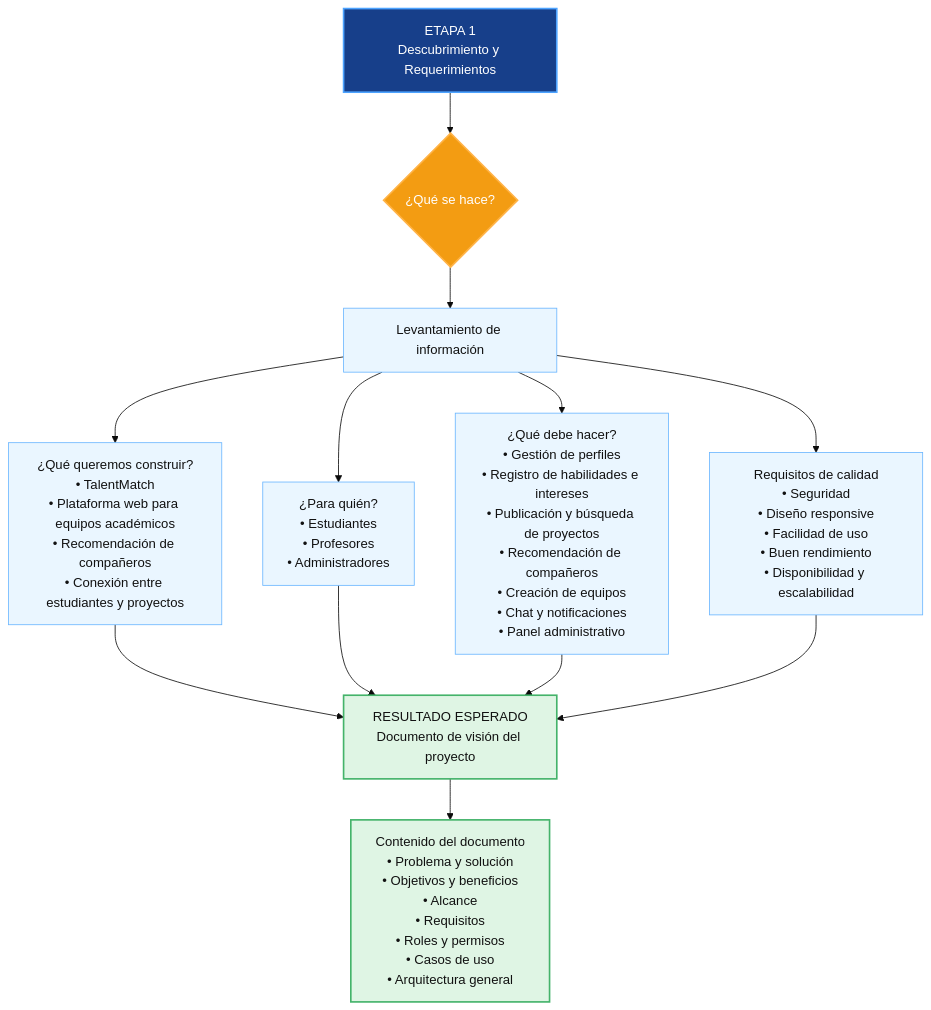
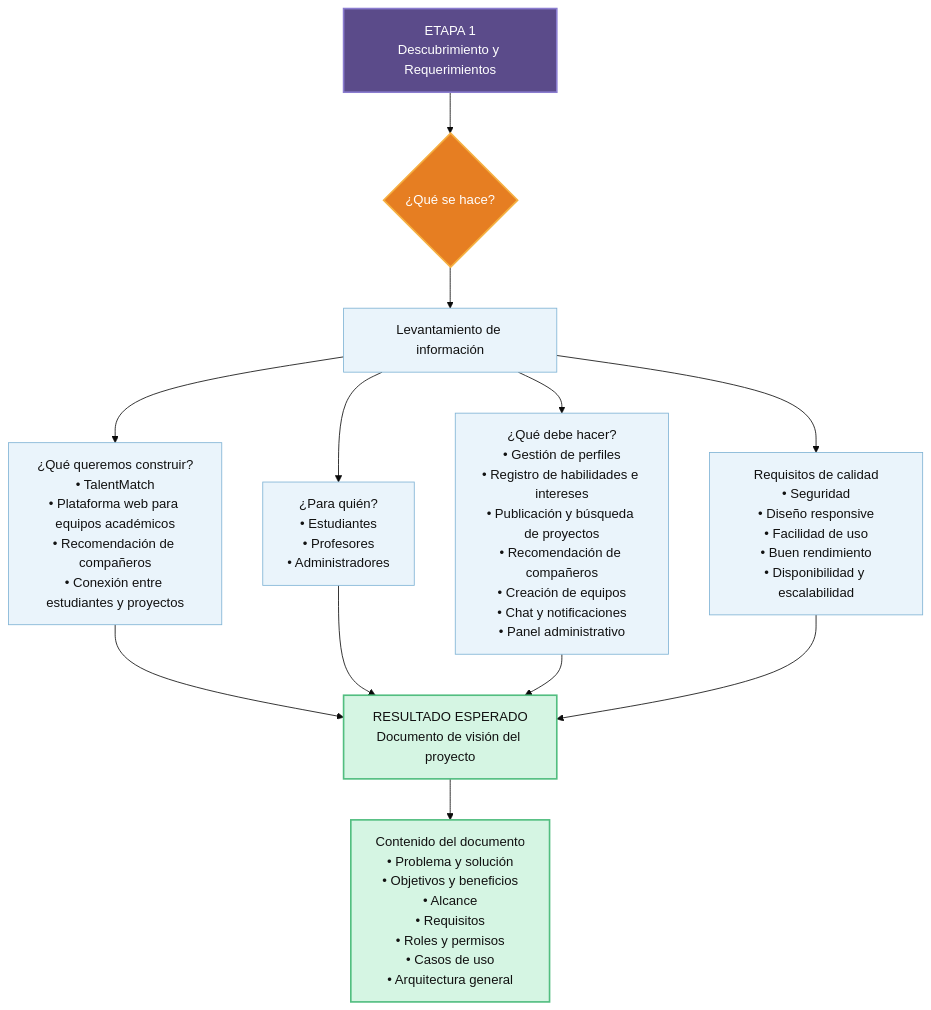
The diagram in Diagrama de flujo.mmd (wilmerrodriguezp-dotcom/TalentMatch), drawn with Mermaid (base theme) before and after one commit.

Commit message:
Update Diagrama de flujo.mmd

```diff
--- a/Diagrama de flujo.mmd
+++ b/Diagrama de flujo.mmd
@@ -1,40 +1,40 @@
-flowchart TD
-    A["ETAPA 1<br/>Descubrimiento y Requerimientos"]
-
-    B{"¿Qué se hace?"}
-    B1["Levantamiento de información"]
-
-    C["¿Qué queremos construir?<br/>• TalentMatch<br/>• Plataforma web para equipos académicos<br/>• Recomendación de compañeros<br/>• Conexión entre estudiantes y proyectos"]
-
-    D["¿Para quién?<br/>• Estudiantes<br/>• Profesores<br/>• Administradores"]
-
-    E["¿Qué debe hacer?<br/>• Gestión de perfiles<br/>• Registro de habilidades e intereses<br/>• Publicación y búsqueda de proyectos<br/>• Recomendación de compañeros<br/>• Creación de equipos<br/>• Chat y notificaciones<br/>• Panel administrativo"]
-
-    G["Requisitos de calidad<br/>• Seguridad<br/>• Diseño responsive<br/>• Facilidad de uso<br/>• Buen rendimiento<br/>• Disponibilidad y escalabilidad"]
-
-    F["RESULTADO ESPERADO<br/>Documento de visión del proyecto"]
-
-    H["Contenido del documento<br/>• Problema y solución<br/>• Objetivos y beneficios<br/>• Alcance<br/>• Requisitos<br/>• Roles y permisos<br/>• Casos de uso<br/>• Arquitectura general"]
-
-    A --> B
-    B --> B1
-    B1 --> C
-    B1 --> D
-    B1 --> E
-    B1 --> G
-
-    C --> F
-    D --> F
-    E --> F
-    G --> F
-    F --> H
-
-    classDef etapa fill:#173f8a,color:#fff,stroke:#4da3ff,stroke-width:2px;
-    classDef decision fill:#f39c12,color:#fff,stroke:#ffb347,stroke-width:2px;
-    classDef bloque fill:#eaf6ff,color:#111,stroke:#6bb6ff,stroke-width:1px;
-    classDef resultado fill:#dff5e4,color:#111,stroke:#44b36a,stroke-width:2px;
-
-    class A etapa;
-    class B decision;
-    class B1,C,D,E,G bloque;
+flowchart TD 
+    A["ETAPA 1<br/>Descubrimiento y Requerimientos"] 
+ 
+    B{"¿Qué se hace?"} 
+    B1["Levantamiento de información"] 
+ 
+    C["¿Qué queremos construir?<br/>• TalentMatch<br/>• Plataforma web para equipos académicos<br/>• Recomendación de compañeros<br/>• Conexión entre estudiantes y proyectos"] 
+ 
+    D["¿Para quién?<br/>• Estudiantes<br/>• Profesores<br/>• Administradores"] 
+ 
+    E["¿Qué debe hacer?<br/>• Gestión de perfiles<br/>• Registro de habilidades e intereses<br/>• Publicación y búsqueda de proyectos<br/>• Recomendación de compañeros<br/>• Creación de equipos<br/>• Chat y notificaciones<br/>• Panel administrativo"] 
+ 
+    G["Requisitos de calidad<br/>• Seguridad<br/>• Diseño responsive<br/>• Facilidad de uso<br/>• Buen rendimiento<br/>• Disponibilidad y escalabilidad"] 
+ 
+    F["RESULTADO ESPERADO<br/>Documento de visión del proyecto"] 
+ 
+    H["Contenido del documento<br/>• Problema y solución<br/>• Objetivos y beneficios<br/>• Alcance<br/>• Requisitos<br/>• Roles y permisos<br/>• Casos de uso<br/>• Arquitectura general"] 
+ 
+    A --> B 
+    B --> B1 
+    B1 --> C 
+    B1 --> D 
+    B1 --> E 
+    B1 --> G 
+ 
+    C --> F 
+    D --> F 
+    E --> F 
+    G --> F 
+    F --> H 
+ 
+    classDef etapa fill:#5B4B8A,color:#fff,stroke:#8A7CCF,stroke-width:2px; 
+    classDef decision fill:#E67E22,color:#fff,stroke:#F5B041,stroke-width:2px; 
+    classDef bloque fill:#EAF4FB,color:#111,stroke:#7FB3D5,stroke-width:1px; 
+    classDef resultado fill:#D5F5E3,color:#111,stroke:#52BE80,stroke-width:2px; 
+ 
+    class A etapa; 
+    class B decision; 
+    class B1,C,D,E,G bloque; 
     class F,H resultado;
```
